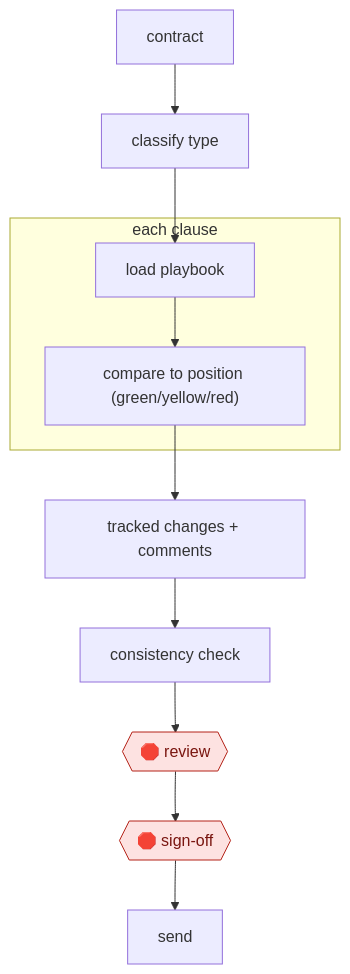
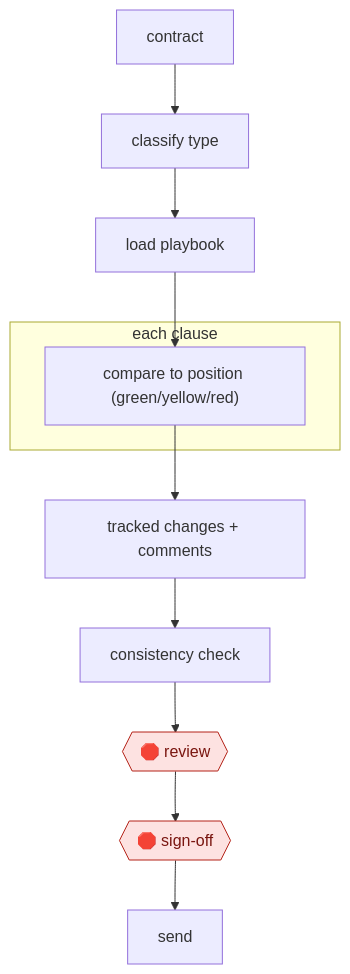
One commit to milesradford99/agent-workflow-atlas changed the diagram in workflows/PRO/LEG/CONTRACT/playbook-contract-review/README.md. Above: the diagram before and after it, drawn with Mermaid. The commit also changed other lines of this file and 171 other files, not shown here.

````diff
--- a/workflows/PRO/LEG/CONTRACT/playbook-contract-review/README.md
+++ b/workflows/PRO/LEG/CONTRACT/playbook-contract-review/README.md
@@ -30,23 +30,23 @@
 ```mermaid
 flowchart TD
   n1["contract"]
   n2["classify type"]
-  n1 --> n2
   n3["load playbook"]
-  n2 --> n3
   subgraph s4["each clause"]
   n5["compare to position (green/yellow/red)"]
-  n3 --> n5
   end
   n6["tracked changes + comments"]
+  n7["consistency check"]
+  n8{{"🛑 review"}}:::stop
+  n9{{"🛑 sign-off"}}:::stop
+  n10["send"]
+  n1 --> n2
+  n2 --> n3
+  n3 --> n5
   n5 --> n6
-  n7["consistency check"]
   n6 --> n7
-  n8{{"🛑 review"}}:::stop
   n7 --> n8
-  n9{{"🛑 sign-off"}}:::stop
   n8 --> n9
-  n10["send"]
   n9 --> n10
   classDef stop fill:#fde2e1,stroke:#b42318,color:#7a1610
 ```
````
